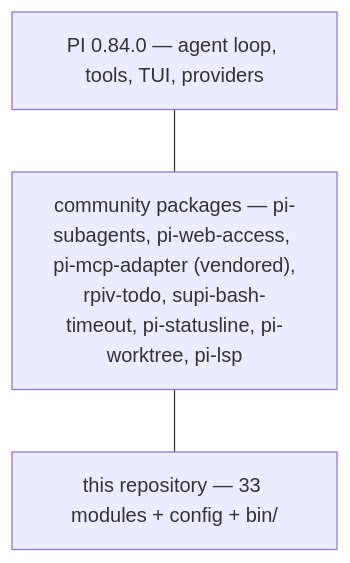
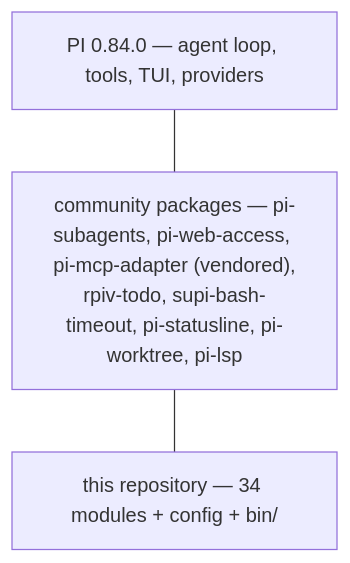
The second of 3 diagrams in docs/concepts/architecture.md (DresvyanskiyDenis/PiON), drawn with Mermaid before and after one commit. The commit also changed other lines of this file and 22 other files, not shown here.

````diff
--- a/docs/concepts/architecture.md
+++ b/docs/concepts/architecture.md
@@ -88,7 +89,7 @@
 ```mermaid
 flowchart TB
     PI["PI 0.84.0 — agent loop, tools, TUI, providers"]
     PKG["community packages — pi-subagents, pi-web-access, pi-mcp-adapter (vendored),<br/>rpiv-todo, supi-bash-timeout, pi-statusline, pi-worktree, pi-lsp"]
-    OURS["this repository — 33 modules + config + bin/"]
+    OURS["this repository — 34 modules + config + bin/"]
     PI --- PKG --- OURS
 ```
````
